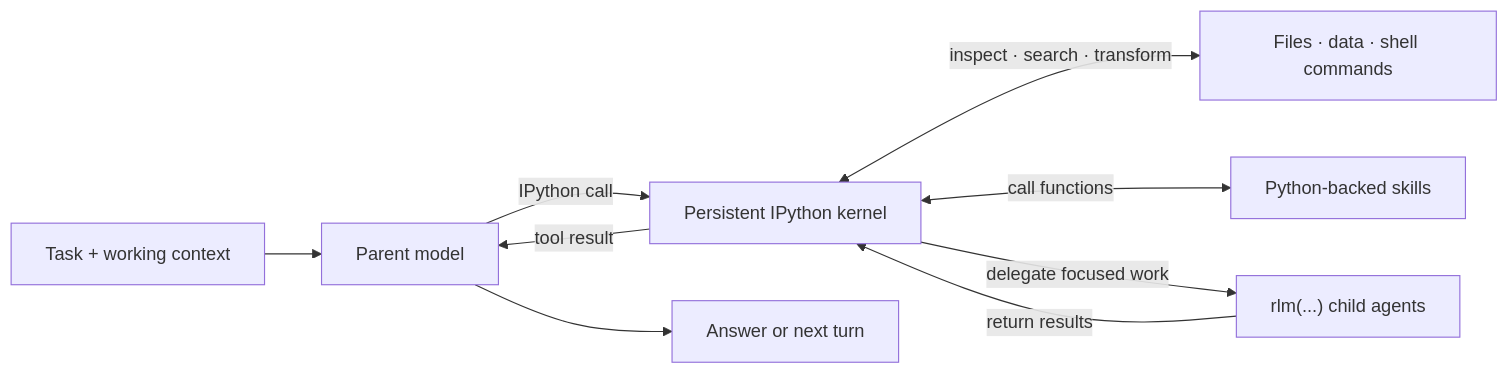
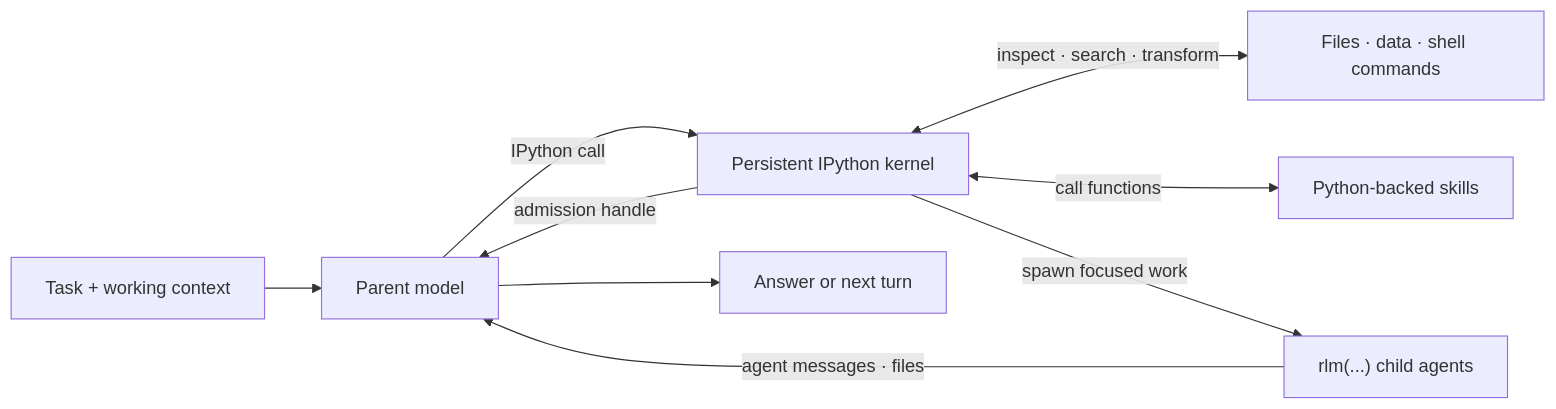
Before and after one commit to 0niel/prime-agent: the diagram in packages/coding-agent/docs/rlm.md, drawn with Mermaid. The commit also changed other lines of this file and 47 other files, not shown here.

First line of the commit message:
feat(coding-agent): fire-and-forget agent spawn and roled a2a replies (#596)

````diff
--- a/packages/coding-agent/docs/rlm.md
+++ b/packages/coding-agent/docs/rlm.md
@@ -7,19 +7,19 @@
 ```mermaid
 flowchart LR
     task["Task + working context"]
     parent["Parent model"]
     kernel["Persistent IPython kernel"]
     data["Files · data · shell commands"]
     skills["Python-backed skills"]
     children["rlm(...) child agents"]
     answer["Answer or next turn"]
 
     task --> parent
     parent -->|"IPython call"| kernel
     kernel <-->|"inspect · search · transform"| data
     kernel <-->|"call functions"| skills
-    kernel -->|"delegate focused work"| children
-    children -->|"return results"| kernel
-    kernel -->|"tool result"| parent
+    kernel -->|"spawn focused work"| children
+    children -->|"agent messages · files"| parent
+    kernel -->|"admission handle"| parent
     parent --> answer
 ```
````
